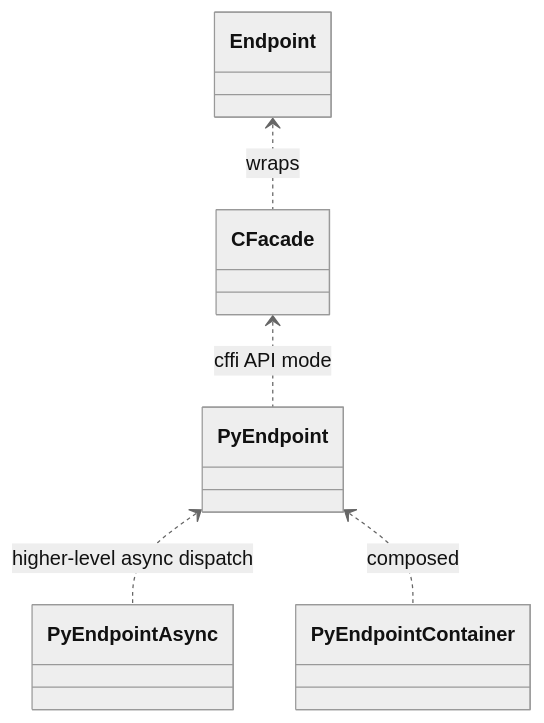
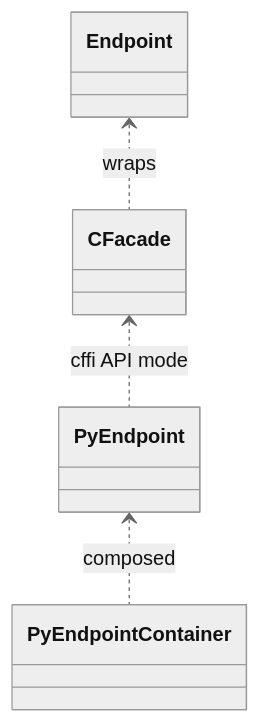
One commit to hakoniwalab/hakoniwa-pdu-endpoint changed the first of 2 diagrams in README.md. Above: the diagram before and after it, drawn with Mermaid (neutral theme). The commit also changed other lines of this file and 39 other files, not shown here.

````diff
--- a/README.md
+++ b/README.md
@@ -737,13 +739,11 @@
 ```mermaid
 classDiagram
     class Endpoint
     class CFacade
     class PyEndpoint
-    class PyEndpointAsync
     class PyEndpointContainer
 
     Endpoint <.. CFacade : wraps
     CFacade <.. PyEndpoint : cffi API mode
-    PyEndpoint <.. PyEndpointAsync : higher-level async dispatch
     PyEndpoint <.. PyEndpointContainer : composed
 ```
````
